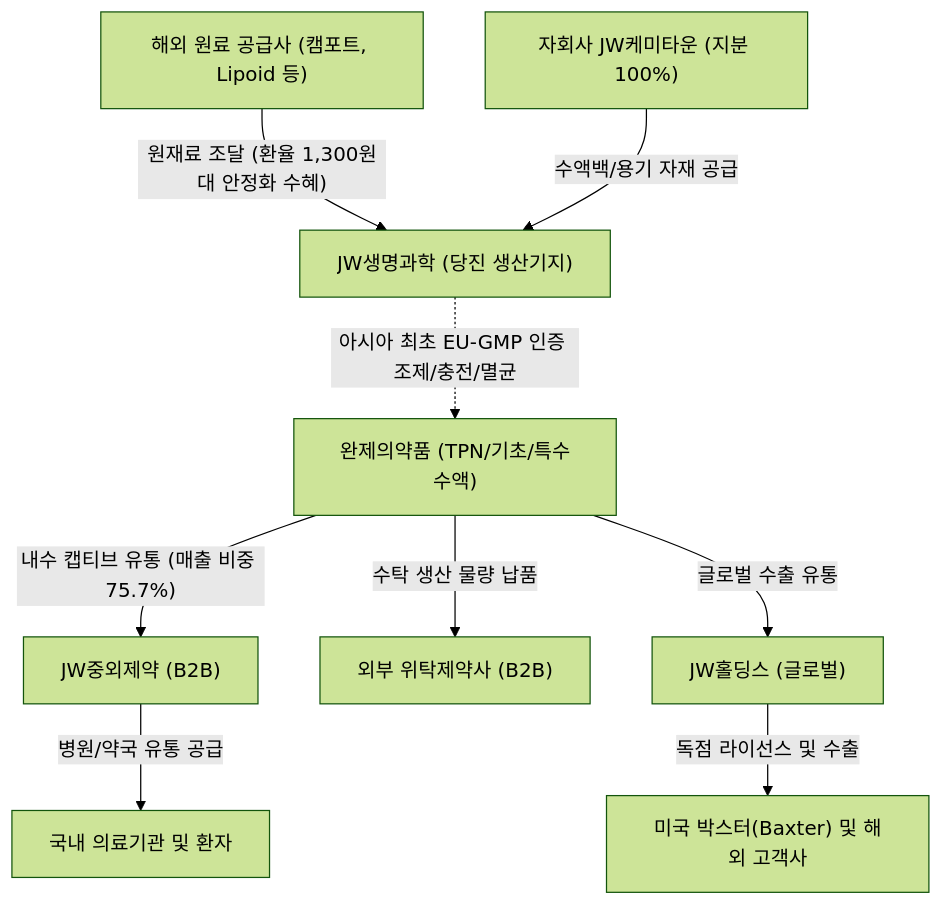
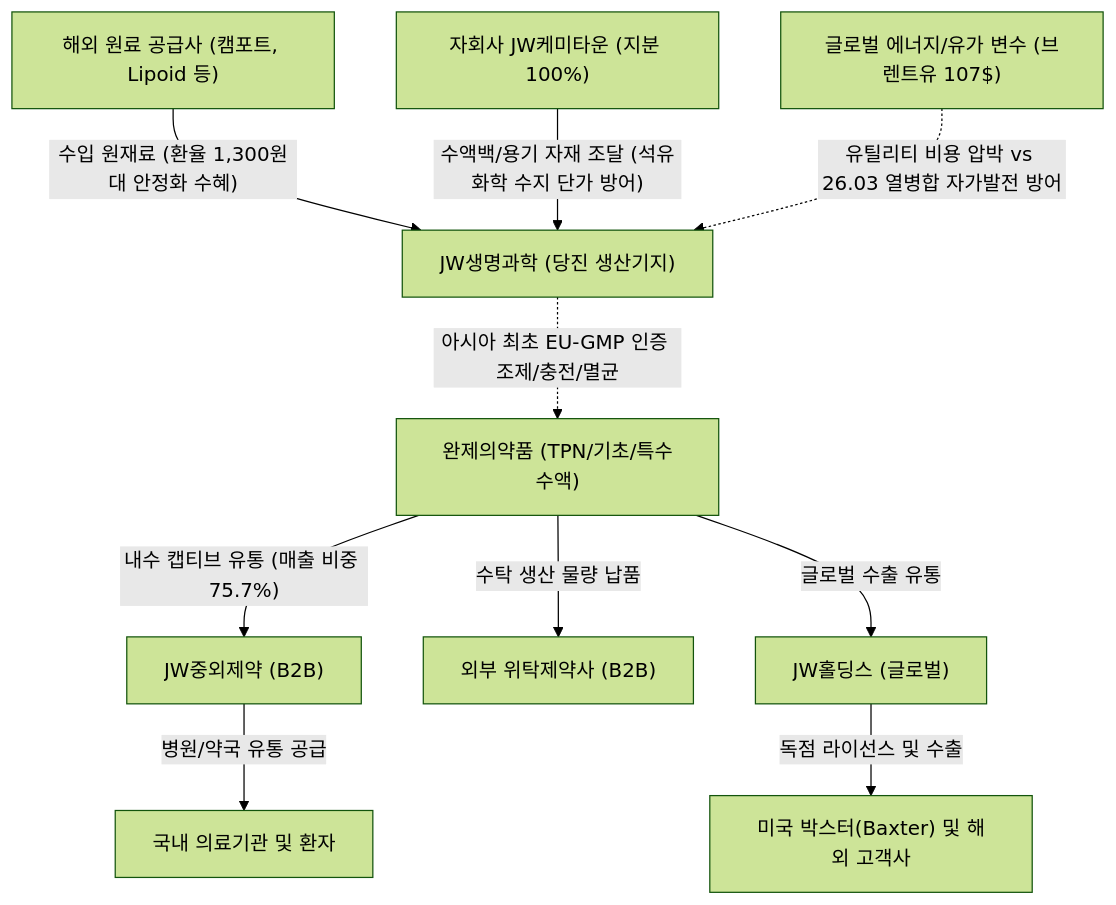
Before and after one commit to eve830521-cmd/my-skill: the diagram in Stock_Research/JW생명과학/3_Final_Reports/Phase1_Report.md, drawn with Mermaid (forest theme). The commit also changed other lines of this file and 23 other files, not shown here.

````diff
--- a/Stock_Research/JW생명과학/3_Final_Reports/Phase1_Report.md
+++ b/Stock_Research/JW생명과학/3_Final_Reports/Phase1_Report.md
@@ -11,11 +12,12 @@
 ```mermaid
 graph TD
-    A["해외 원료 공급사 (캠포트, Lipoid 등)"] -->|"원재료 조달 (환율 1,300원대 안정화 수혜)"| B["JW생명과학 (당진 생산기지)"]
-    K["자회사 JW케미타운 (지분 100%)"] -->|"수액백/용기 자재 공급"| B
+    A["해외 원료 공급사 (캠포트, Lipoid 등)"] -->|"수입 원재료 (환율 1,300원대 안정화 수혜)"| B["JW생명과학 (당진 생산기지)"]
+    K["자회사 JW케미타운 (지분 100%)"] -->|"수액백/용기 자재 조달 (석유화학 수지 단가 방어)"| B
+    E1["글로벌 에너지/유가 변수 (브렌트유 107$)"] -. "유틸리티 비용 압박 vs 26.03 열병합 자가발전 방어" .-> B
     B -. "아시아 최초 EU-GMP 인증 조제/충전/멸균" .-> C["완제의약품 (TPN/기초/특수수액)"]
     C -->|"내수 캡티브 유통 (매출 비중 75.7%)"| D["JW중외제약 (B2B)"]
     C -->|"수탁 생산 물량 납품"| E["외부 위탁제약사 (B2B)"]
     C -->|"글로벌 수출 유통"| F["JW홀딩스 (글로벌)"]
     D -->|"병원/약국 유통 공급"| G["국내 의료기관 및 환자"]
     F -->|"독점 라이선스 및 수출"| H["미국 박스터(Baxter) 및 해외 고객사"]
 ```
````
